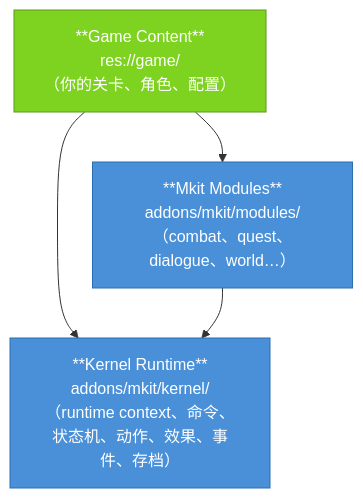
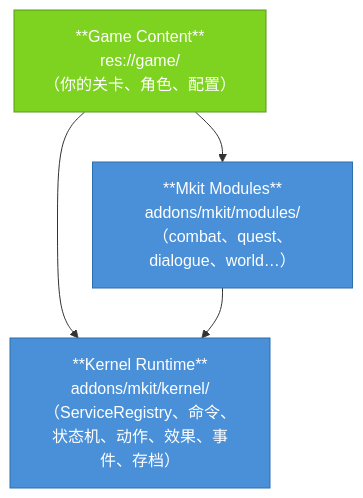
The first of 2 diagrams in docs/readme.md (xiaofeiqiu/mkit), drawn with Mermaid before and after one commit. The commit also changed other lines of this file and 57 other files, not shown here.

````diff
--- a/docs/readme.md
+++ b/docs/readme.md
@@ -9,16 +9,16 @@
 ```mermaid
 flowchart TB
     Game["**Game Content**\nres://game/\n（你的关卡、角色、配置）"]
     Modules["**Mkit Modules**\naddons/mkit/modules/\n（combat、quest、dialogue、world…）"]
-    Kernel["**Kernel Runtime**\naddons/mkit/kernel/\n（runtime context、命令、状态机、动作、效果、事件、存档）"]
+    Kernel["**Kernel Runtime**\naddons/mkit/kernel/\n（ServiceRegistry、命令、状态机、动作、效果、事件、存档）"]
 
     Game --> Modules
     Game --> Kernel
     Modules --> Kernel
 
     classDef mkitCore fill:#4A90D9,color:#fff,stroke:#2C6FAC
     classDef userOwned fill:#7ED321,color:#fff,stroke:#5A9A18
 
     class Modules,Kernel mkitCore
     class Game userOwned
 ```
````
